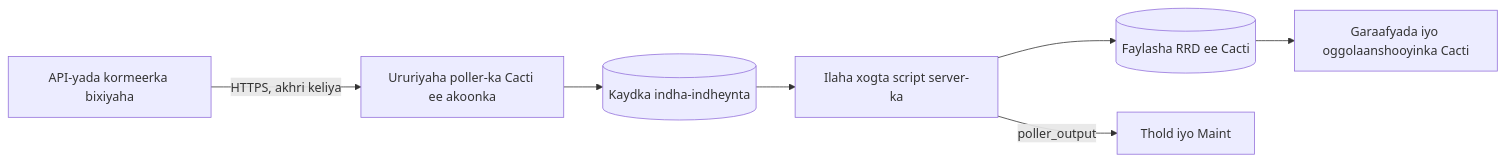
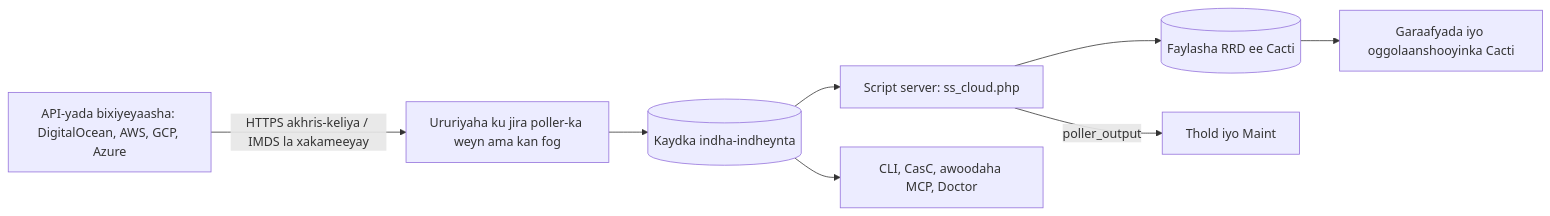
Before and after one commit to somethingwithproof/plugin_cloud: the diagram in docs/i18n/so-SO/README.md, drawn with Mermaid. The commit also changed other lines of this file and 48 other files, not shown here.

First line of the commit message:
docs(readme): document AWS, GCP, Azure drivers, remote collectors, and ecosystem hooks

````diff
--- a/docs/i18n/so-SO/README.md
+++ b/docs/i18n/so-SO/README.md
@@ -109,9 +148,10 @@
 ```mermaid
 flowchart LR
-    API[API-yada kormeerka bixiyaha] -->|HTTPS, akhri keliya| C[Ururiyaha poller-ka Cacti ee akoonka]
+    API[API-yada bixiyeyaasha: DigitalOcean, AWS, GCP, Azure] -->|HTTPS akhris-keliya / IMDS la xakameeyay| C[Ururiyaha ku jira poller-ka weyn ama kan fog]
     C --> O[(Kaydka indha-indheynta)]
-    O --> SS[Ilaha xogta script server-ka]
+    O --> SS[Script server: ss_cloud.php]
     SS --> RRD[(Faylasha RRD ee Cacti)]
     SS -->|poller_output| T[Thold iyo Maint]
     RRD --> G[Garaafyada iyo oggolaanshooyinka Cacti]
+    O --> ECO[CLI, CasC, awoodaha MCP, Doctor]
 ```
````
